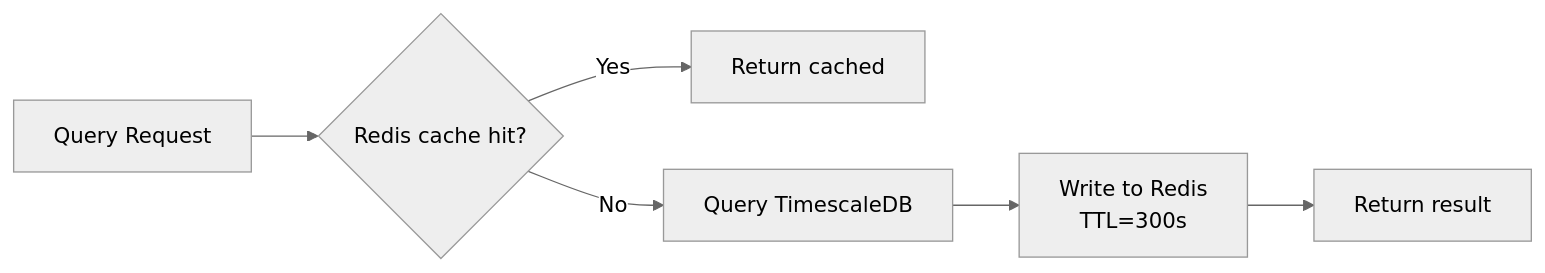
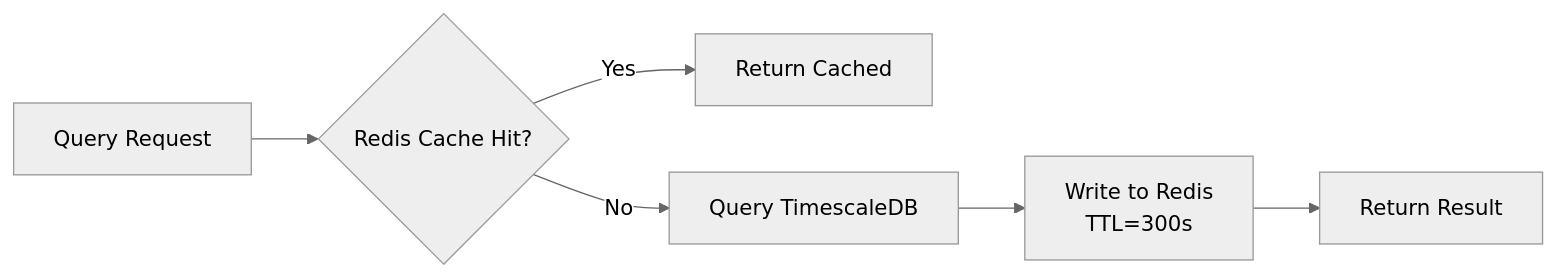
One commit to RESBI/StockStatistic changed the tenth of 23 diagrams in DESIGN.md. Above: the diagram before and after it, drawn with Mermaid (neutral theme). The commit also changed other lines of this file, not shown here.

````diff
--- a/DESIGN.md
+++ b/DESIGN.md
@@ -506,8 +521,8 @@
 ```mermaid
 graph LR
-    REQ["Query Request"] --> CHK{"Redis cache hit?"}
-    CHK -->|Yes| RET1["Return cached"]
-    CHK -->|No| DB["Query TimescaleDB"]
-    DB --> SET["Write to Redis<br/>TTL=300s"]
-    SET --> RET2["Return result"]
+    REQ[Query Request] --> CHK{Redis Cache Hit?}
+    CHK -->|Yes| RET1[Return Cached]
+    CHK -->|No| DB[Query TimescaleDB]
+    DB --> SET[Write to Redis<br/>TTL=300s]
+    SET --> RET2[Return Result]
 ```
````
